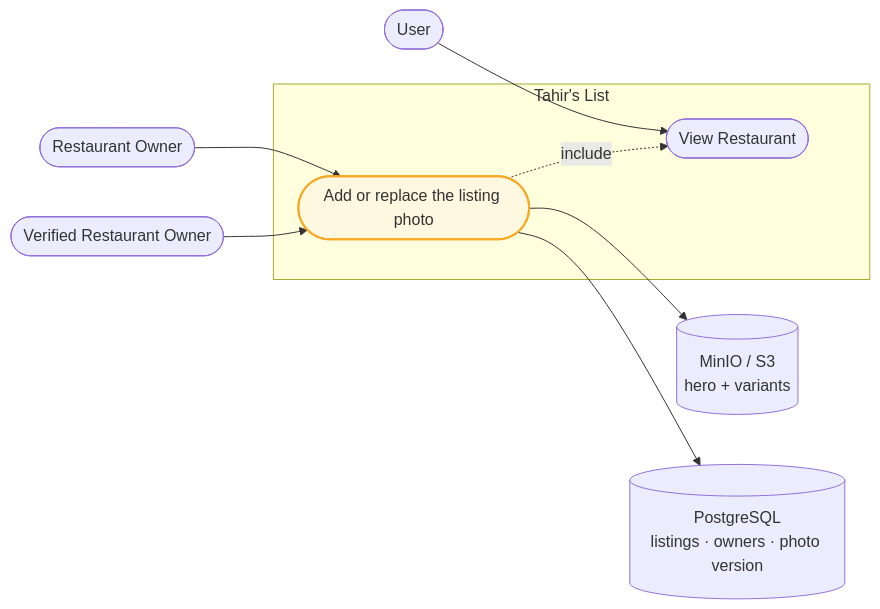
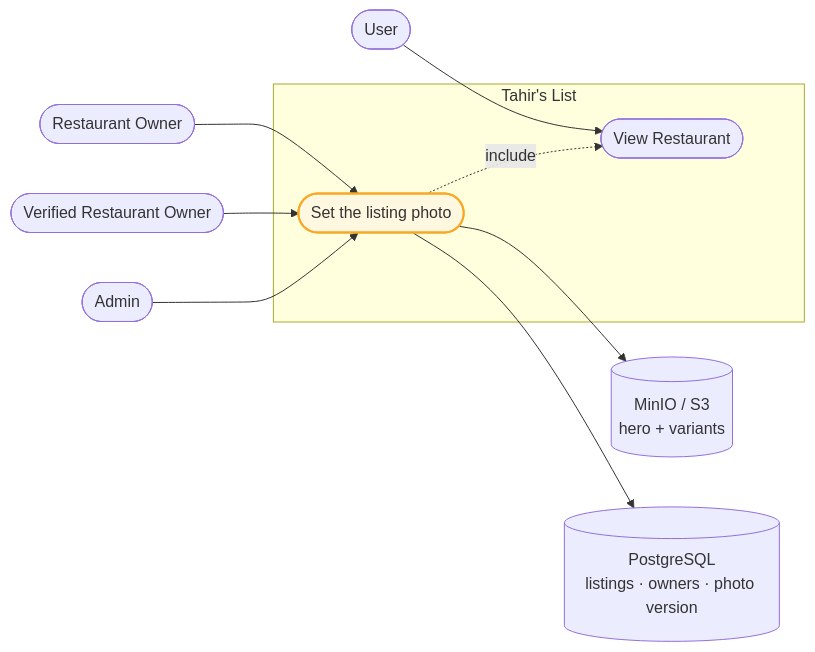
One commit to Losers-Lab/tahirs-list changed the first of 2 diagrams in docs/features/SC-205/03-use-case-diagram.md. Above: the diagram before and after it, drawn with Mermaid. The commit also changed other lines of this file and 8 other files, not shown here.

````diff
--- a/docs/features/SC-205/03-use-case-diagram.md
+++ b/docs/features/SC-205/03-use-case-diagram.md
@@ -7,22 +7,24 @@
 ```mermaid
 flowchart LR
   RO([Restaurant Owner])
   VRO([Verified Restaurant Owner])
+  AD([Admin])
   U([User])
   subgraph S["Tahir's List"]
-    UC1([Add or replace the listing photo])
+    UC1([Set the listing photo])
     UC2([View Restaurant])
   end
   OBJ[("MinIO / S3<br/>hero + variants")]
   PG[("PostgreSQL<br/>listings · owners · photo version")]
 
   RO --> UC1
   VRO --> UC1
+  AD --> UC1
   U --> UC2
   UC1 -. include .-> UC2
   UC1 --> OBJ
   UC1 --> PG
 
   classDef changed fill:#fff8e1,stroke:#f9a825,stroke-width:2px
   class UC1 changed
 ```
````
